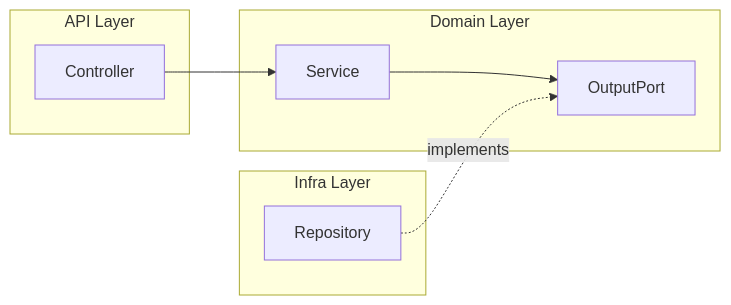
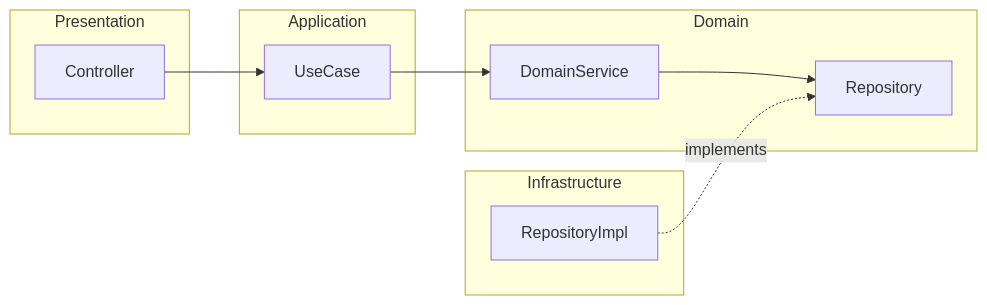
Before and after one commit to biuea3866/claude-work: the first of 4 diagrams in rules/mermaid.md, drawn with Mermaid. The commit also changed 1 other file, not shown here.

Commit message:
docs(rules): stale OutputPort 참조 제거 + 메서드/팩토리 네이밍 규칙
- mermaid Component Diagram 예시: OutputPort → 실제 Hexagonal 패턴
  (DomainService → Repository interface ← RepositoryImpl implements)
- be-code-convention: "OutputPort/도메인 메서드" → "도메인 interface(Repository·Gateway) 메서드"
  + 메서드 네이밍(전치사·시그니처 중복 제거)·정적 팩토리 네이밍(of/from/for) 규칙 추가

OutputPart 패턴 미사용 정책과 전 문서 일치 (tracked 0건).

````diff
--- a/rules/mermaid.md
+++ b/rules/mermaid.md
@@ -25,13 +25,17 @@
 ```mermaid
 flowchart LR
-    subgraph API["API Layer"]
+    subgraph Presentation["Presentation"]
         Controller
     end
-    subgraph Domain["Domain Layer"]
-        Service --> OutputPort
+    subgraph Application["Application"]
+        UseCase
     end
-    subgraph Infra["Infra Layer"]
-        Repository -.->|implements| OutputPort
+    subgraph Domain["Domain"]
+        DomainService --> Repository
     end
-    Controller --> Service
+    subgraph Infra["Infrastructure"]
+        RepositoryImpl -.->|implements| Repository
+    end
+    Controller --> UseCase
+    UseCase --> DomainService
 ```
````
